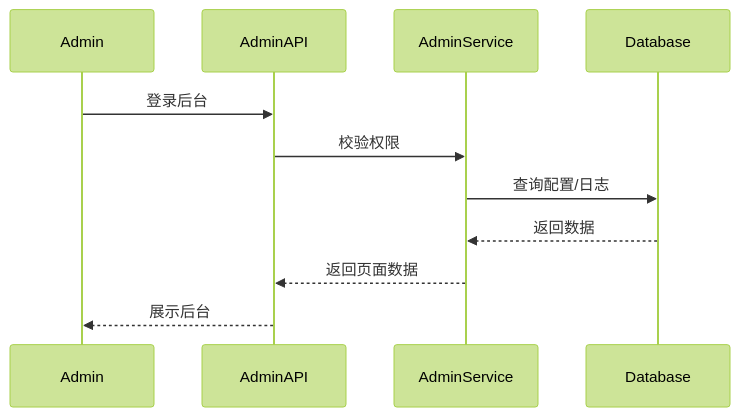
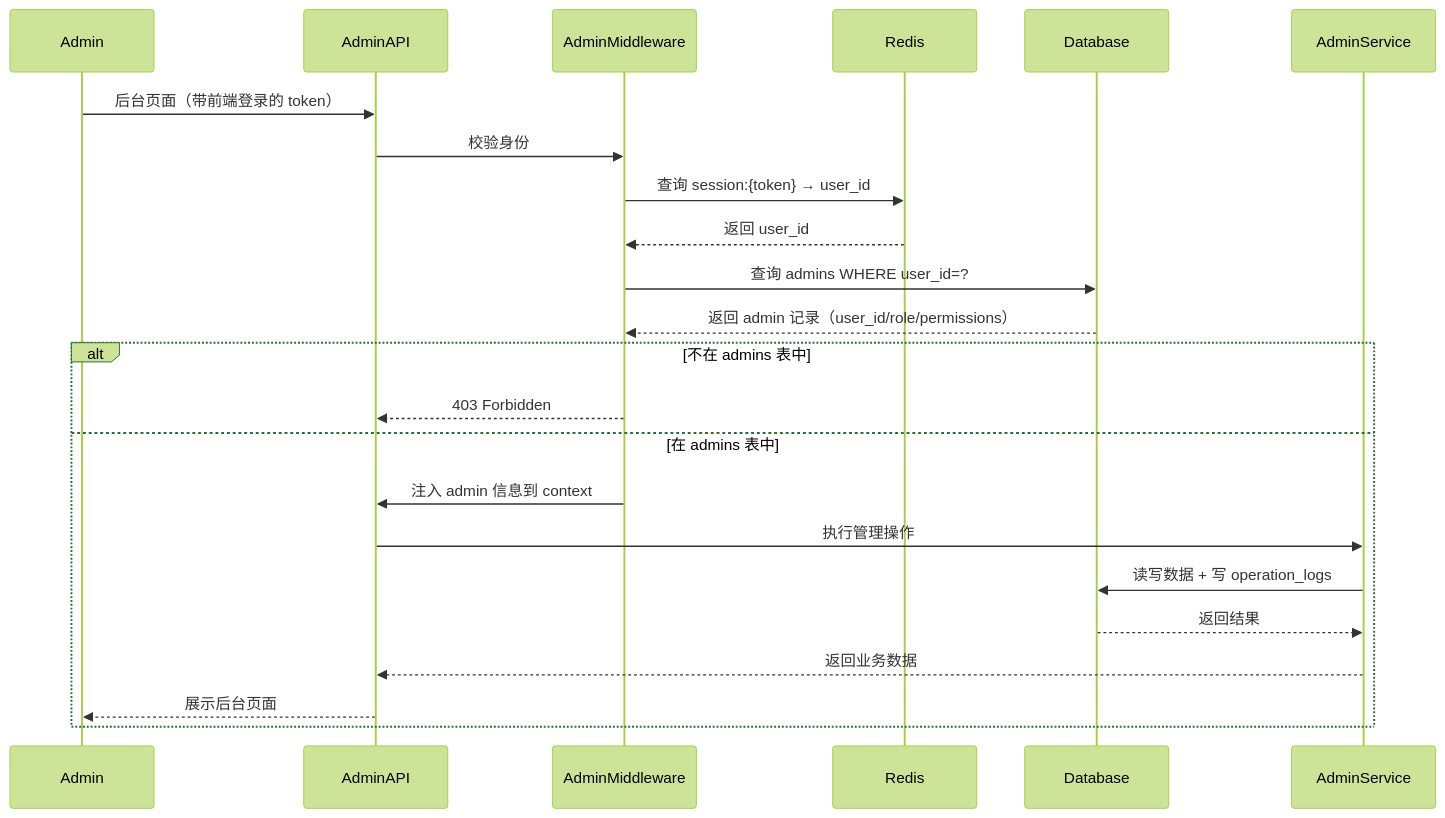
The first of 2 diagrams in docs/[10]管理后台模块/README.md (fairyspace/x-media), drawn with Mermaid (forest theme) before and after one commit. The commit also changed other lines of this file and 2 other files, not shown here.

````diff
--- a/docs/[10]管理后台模块/README.md
+++ b/docs/[10]管理后台模块/README.md
@@ -40,13 +87,25 @@
 ```mermaid
 sequenceDiagram
     participant Admin
     participant AdminAPI
-    participant AdminService
+    participant AdminMiddleware
+    participant Redis
     participant Database
-    Admin ->> AdminAPI: 登录后台
-    AdminAPI ->> AdminService: 校验权限
-    AdminService ->> Database: 查询配置/日志
-    Database -->> AdminService: 返回数据
-    AdminService -->> AdminAPI: 返回页面数据
-    AdminAPI -->> Admin: 展示后台
+
+    Admin ->> AdminAPI: 后台页面（带前端登录的 token）
+    AdminAPI ->> AdminMiddleware: 校验身份
+    AdminMiddleware ->> Redis: 查询 session:{token} → user_id
+    Redis -->> AdminMiddleware: 返回 user_id
+    AdminMiddleware ->> Database: 查询 admins WHERE user_id=?
+    Database -->> AdminMiddleware: 返回 admin 记录（user_id/role/permissions）
+    alt 不在 admins 表中
+        AdminMiddleware -->> AdminAPI: 403 Forbidden
+    else 在 admins 表中
+        AdminMiddleware ->> AdminAPI: 注入 admin 信息到 context
+        AdminAPI ->> AdminService: 执行管理操作
+        AdminService ->> Database: 读写数据 + 写 operation_logs
+        Database -->> AdminService: 返回结果
+        AdminService -->> AdminAPI: 返回业务数据
+        AdminAPI -->> Admin: 展示后台页面
+    end
 ```
````
